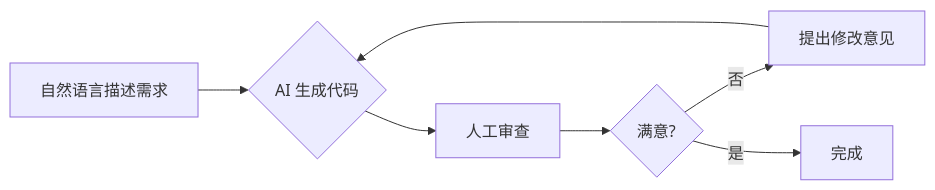
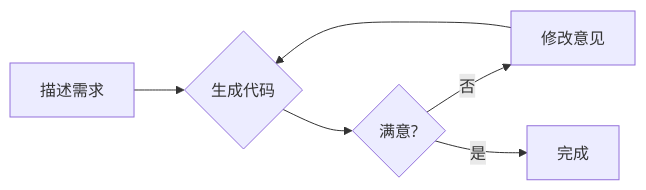
One commit to D2RS-2026spring/data-driven-reproducible-study changed the second of 5 diagrams in slides/lecture3-literate-programming.qmd. Above: the diagram before and after it, drawn with Mermaid. The commit also changed other lines of this file and 1 other file, not shown here.

````diff
--- a/slides/lecture3-literate-programming.qmd
+++ b/slides/lecture3-literate-programming.qmd
@@ -406,9 +406,8 @@
 ```{mermaid}
 flowchart LR
-    A[自然语言描述需求] --> B{AI 生成代码}
-    B --> C[人工审查]
-    C --> D{满意?}
-    D -->|否| E[提出修改意见]
+    A[描述需求] --> B{生成代码}
+    B --> D{满意?}
+    D -->|否| E[修改意见]
     E --> B
     D -->|是| F[完成]
 ```
````
